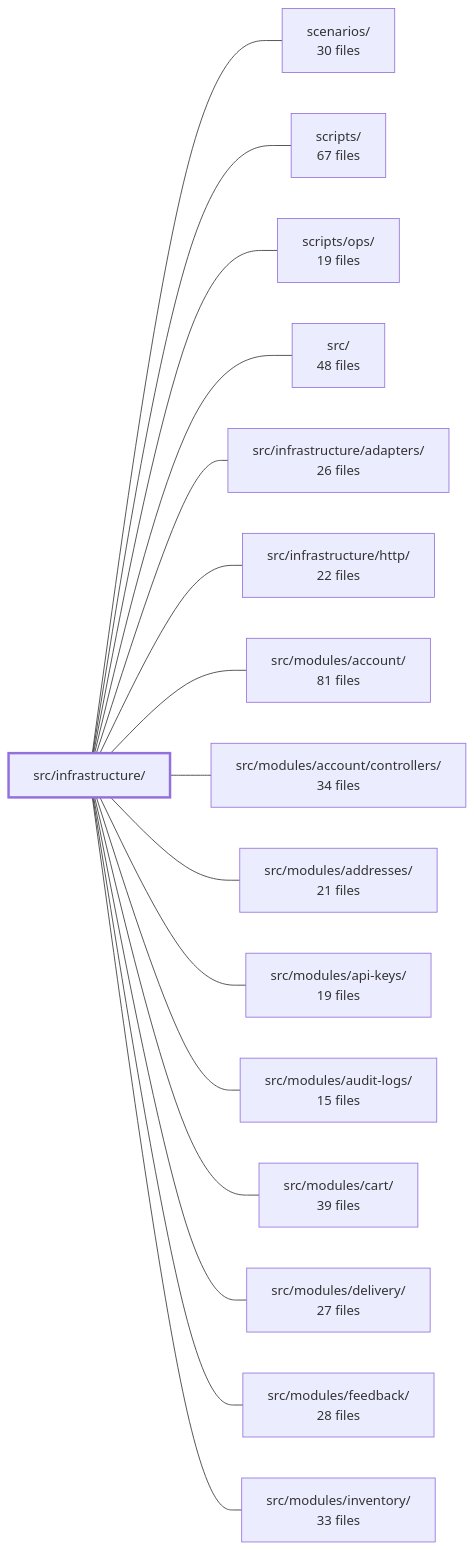
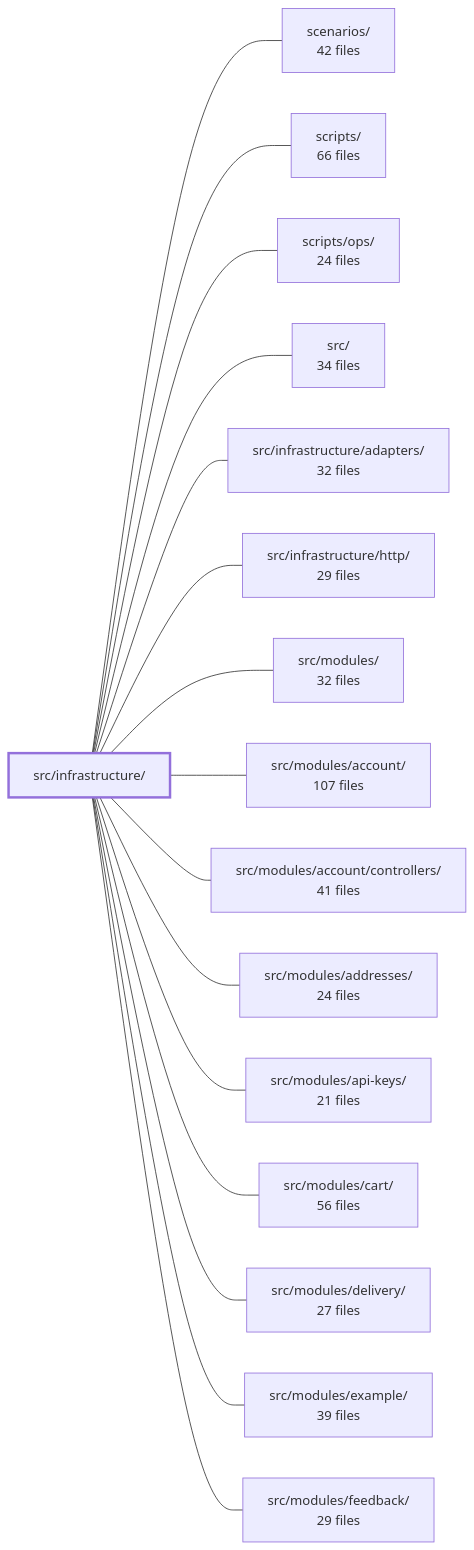
Before and after one commit to Guebbit/boilerplate-node-backend: the diagram in .2brain/modules/boilerplate-node-backend_src_infrastructure.md, drawn with Mermaid. The commit also changed other lines of this file and 106 other files, not shown here.

````diff
--- a/.2brain/modules/boilerplate-node-backend_src_infrastructure.md
+++ b/.2brain/modules/boilerplate-node-backend_src_infrastructure.md
@@ -41,35 +40,35 @@
 ```mermaid
 flowchart LR
     m_src_infrastructure["src/infrastructure/"]
-    m_scenarios["scenarios/<br/>30 files"]
-    m_scripts["scripts/<br/>67 files"]
-    m_scripts_ops["scripts/ops/<br/>19 files"]
-    m_src["src/<br/>48 files"]
-    m_src_infrastructure_adapters["src/infrastructure/adapters/<br/>26 files"]
-    m_src_infrastructure_http["src/infrastructure/http/<br/>22 files"]
-    m_src_modules_account["src/modules/account/<br/>81 files"]
-    m_src_modules_account_controllers["src/modules/account/controllers/<br/>34 files"]
-    m_src_modules_addresses["src/modules/addresses/<br/>21 files"]
-    m_src_modules_api_keys["src/modules/api-keys/<br/>19 files"]
-    m_src_modules_audit_logs["src/modules/audit-logs/<br/>15 files"]
-    m_src_modules_cart["src/modules/cart/<br/>39 files"]
+    m_scenarios["scenarios/<br/>42 files"]
+    m_scripts["scripts/<br/>66 files"]
+    m_scripts_ops["scripts/ops/<br/>24 files"]
+    m_src["src/<br/>34 files"]
+    m_src_infrastructure_adapters["src/infrastructure/adapters/<br/>32 files"]
+    m_src_infrastructure_http["src/infrastructure/http/<br/>29 files"]
+    m_src_modules["src/modules/<br/>32 files"]
+    m_src_modules_account["src/modules/account/<br/>107 files"]
+    m_src_modules_account_controllers["src/modules/account/controllers/<br/>41 files"]
+    m_src_modules_addresses["src/modules/addresses/<br/>24 files"]
+    m_src_modules_api_keys["src/modules/api-keys/<br/>21 files"]
+    m_src_modules_cart["src/modules/cart/<br/>56 files"]
     m_src_modules_delivery["src/modules/delivery/<br/>27 files"]
-    m_src_modules_feedback["src/modules/feedback/<br/>28 files"]
-    m_src_modules_inventory["src/modules/inventory/<br/>33 files"]
+    m_src_modules_example["src/modules/example/<br/>39 files"]
+    m_src_modules_feedback["src/modules/feedback/<br/>29 files"]
     m_src_infrastructure --- m_scenarios
     m_src_infrastructure --- m_scripts
     m_src_infrastructure --- m_scripts_ops
     m_src_infrastructure --- m_src
     m_src_infrastructure --- m_src_infrastructure_adapters
     m_src_infrastructure --- m_src_infrastructure_http
+    m_src_infrastructure --- m_src_modules
     m_src_infrastructure --- m_src_modules_account
     m_src_infrastructure --- m_src_modules_account_controllers
     m_src_infrastructure --- m_src_modules_addresses
     m_src_infrastructure --- m_src_modules_api_keys
-    m_src_infrastructure --- m_src_modules_audit_logs
     m_src_infrastructure --- m_src_modules_cart
     m_src_infrastructure --- m_src_modules_delivery
+    m_src_infrastructure --- m_src_modules_example
     m_src_infrastructure --- m_src_modules_feedback
-    m_src_infrastructure --- m_src_modules_inventory
     style m_src_infrastructure stroke-width:3px
 ```
````
